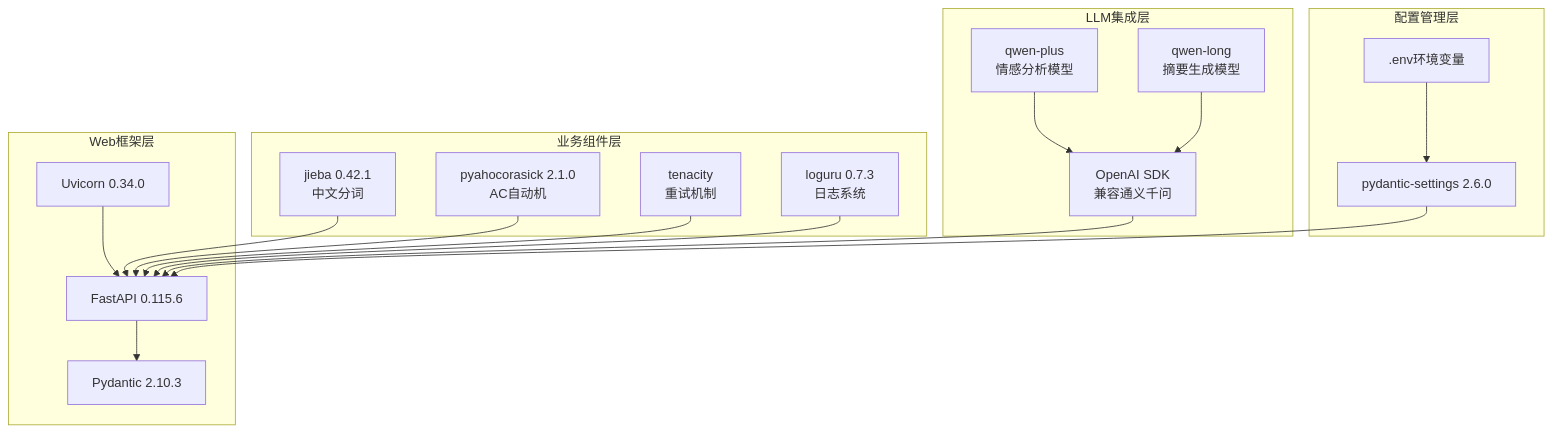
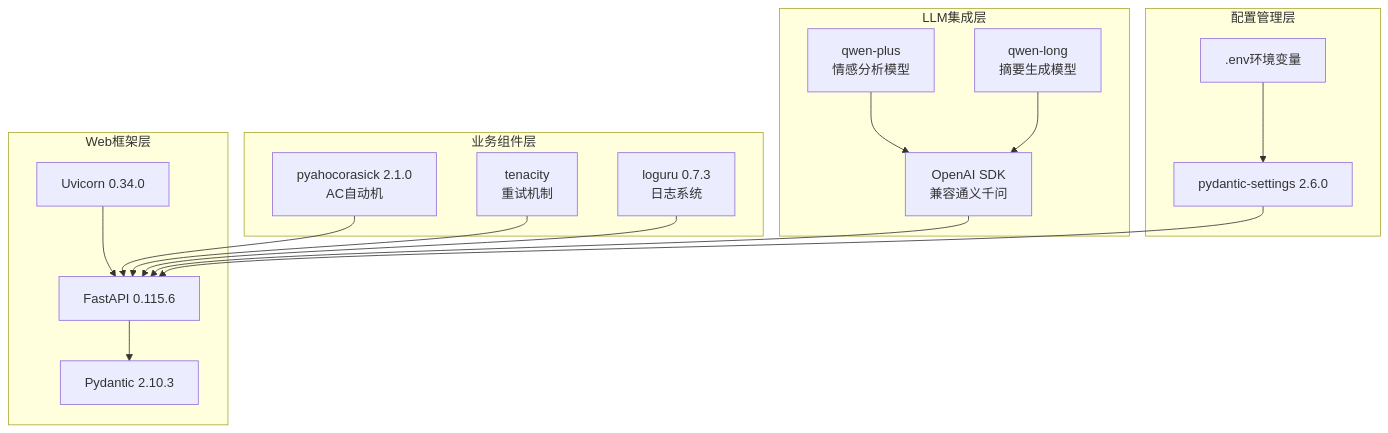
One commit to competition-W/wechat_analysis changed the fifth of 10 diagrams in 系统架构图.md. Above: the diagram before and after it, drawn with Mermaid. The commit also changed other lines of this file and 28 other files, not shown here.

````diff
--- a/系统架构图.md
+++ b/系统架构图.md
@@ -254,41 +304,39 @@
 ```mermaid
 graph TB
     subgraph Web框架层
         FastAPI[FastAPI 0.115.6]
         Uvicorn[Uvicorn 0.34.0]
         Pydantic[Pydantic 2.10.3]
     end
     
     subgraph 业务组件层
-        Jieba[jieba 0.42.1<br/>中文分词]
         Ahocorasick[pyahocorasick 2.1.0<br/>AC自动机]
         Tenacity[tenacity<br/>重试机制]
         Loguru[loguru 0.7.3<br/>日志系统]
     end
     
     subgraph LLM集成层
         OpenAI[OpenAI SDK<br/>兼容通义千问]
         QwenPlus[qwen-plus<br/>情感分析模型]
         QwenLong[qwen-long<br/>摘要生成模型]
     end
     
     subgraph 配置管理层
         PydanticSettings[pydantic-settings 2.6.0]
         EnvFile[.env环境变量]
     end
     
     FastAPI --> Pydantic
     Uvicorn --> FastAPI
     
-    Jieba --> FastAPI
     Ahocorasick --> FastAPI
     Tenacity --> FastAPI
     Loguru --> FastAPI
     
     OpenAI --> FastAPI
     QwenPlus --> OpenAI
     QwenLong --> OpenAI
     
     PydanticSettings --> FastAPI
     EnvFile --> PydanticSettings
 ```
````
